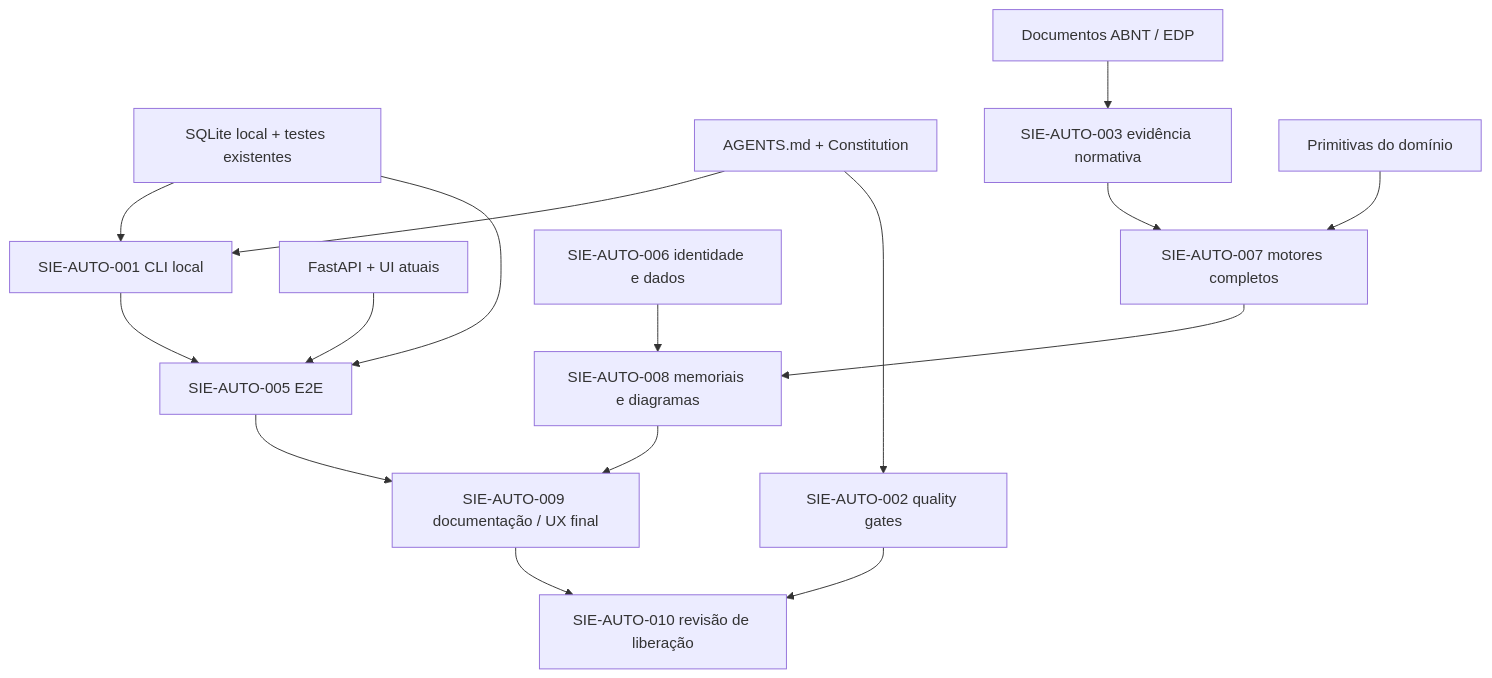
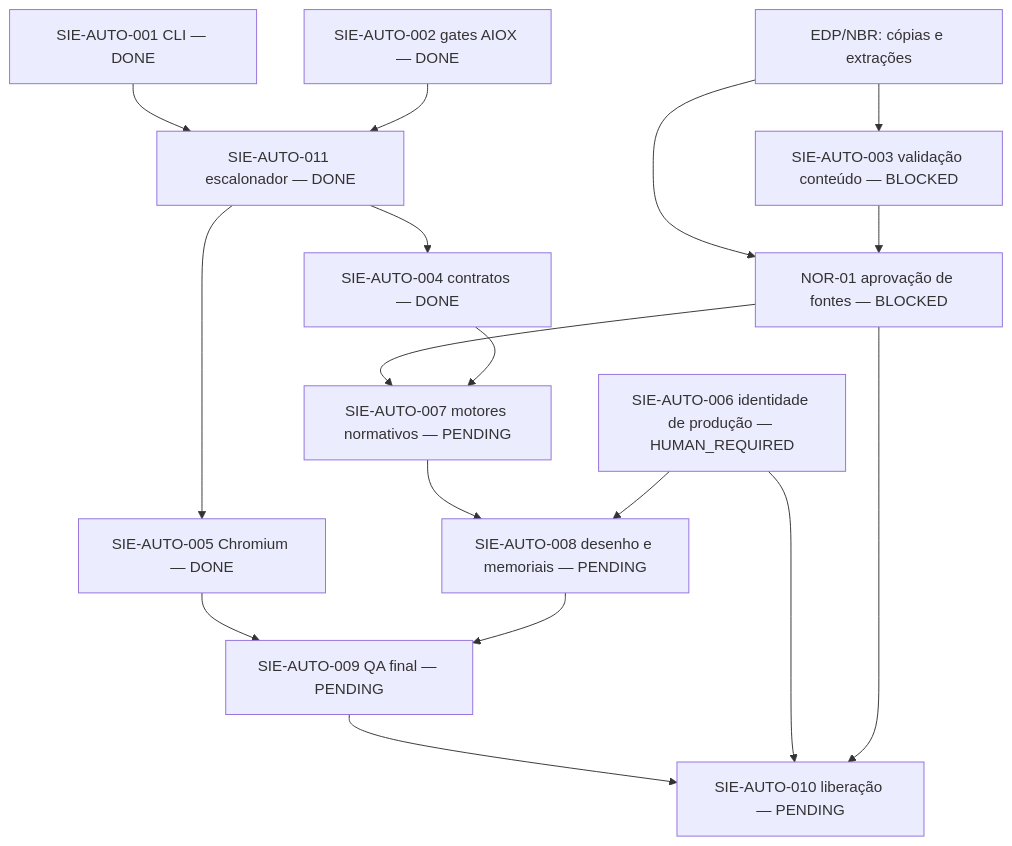
One commit to SFPTechnology/Projeto-SIE-2.0 changed the diagram in docs/sie-orchestrator/DEPENDENCY_GRAPH.md. Above: the diagram before and after it, drawn with Mermaid. The commit also changed other lines of this file, not shown here.

Commit message:
docs(orchestrator): update dependency DAG after validated browser and contract stories

````diff
--- a/docs/sie-orchestrator/DEPENDENCY_GRAPH.md
+++ b/docs/sie-orchestrator/DEPENDENCY_GRAPH.md
@@ -3,18 +3,19 @@
 ```mermaid
 flowchart TD
-    ST[SQLite local + testes existentes] --> CLI[SIE-AUTO-001 CLI local]
-    AIOX[AGENTS.md + Constitution] --> CLI
-    AIOX --> GATES[SIE-AUTO-002 quality gates]
-    API[FastAPI + UI atuais] --> E2E[SIE-AUTO-005 E2E]
-    ST --> E2E
-    CLI --> E2E
-    DOCS[Documentos ABNT / EDP] --> NOR[SIE-AUTO-003 evidência normativa]
-    NOR --> ENG[SIE-AUTO-007 motores completos]
-    CALC[Primitivas do domínio] --> ENG
-    ENG --> REL[SIE-AUTO-008 memoriais e diagramas]
-    AUTH[SIE-AUTO-006 identidade e dados] --> REL
-    REL --> FINAL[SIE-AUTO-009 documentação / UX final]
-    E2E --> FINAL
-    GATES --> RELEASE[SIE-AUTO-010 revisão de liberação]
-    FINAL --> RELEASE
+    CLI[SIE-AUTO-001 CLI — DONE] --> SCH[SIE-AUTO-011 escalonador — DONE]
+    CI[SIE-AUTO-002 gates AIOX — DONE] --> SCH
+    SCH --> CONTRACT[SIE-AUTO-004 contratos — DONE]
+    SCH --> E2E[SIE-AUTO-005 Chromium — DONE]
+    DOC[EDP/NBR: cópias e extrações] --> PROV[SIE-AUTO-003 validação conteúdo — BLOCKED]
+    DOC --> NORM[NOR-01 aprovação de fontes — BLOCKED]
+    PROV --> NORM
+    NORM --> ENGINE[SIE-AUTO-007 motores normativos — PENDING]
+    CONTRACT --> ENGINE
+    ENGINE --> DRAW[SIE-AUTO-008 desenho e memoriais — PENDING]
+    AUTH[SIE-AUTO-006 identidade de produção — HUMAN_REQUIRED] --> DRAW
+    E2E --> FINAL[SIE-AUTO-009 QA final — PENDING]
+    DRAW --> FINAL
+    FINAL --> RELEASE[SIE-AUTO-010 liberação — PENDING]
+    AUTH --> RELEASE
+    NORM --> RELEASE
 ```
````
